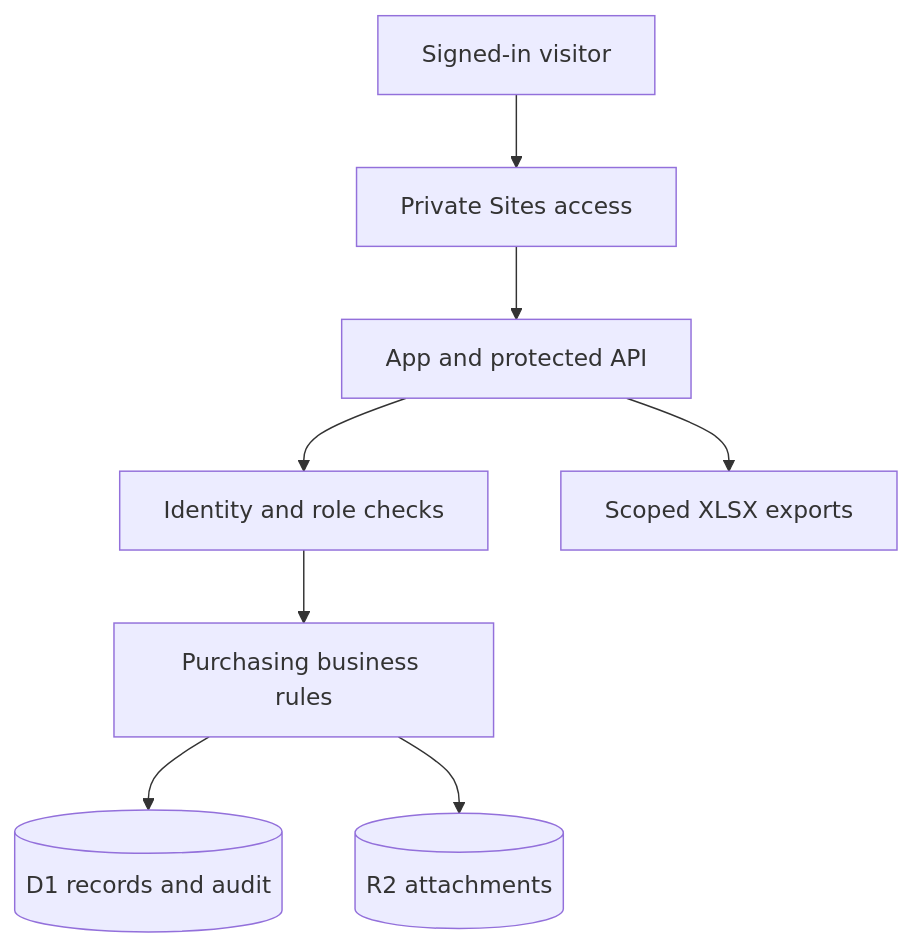
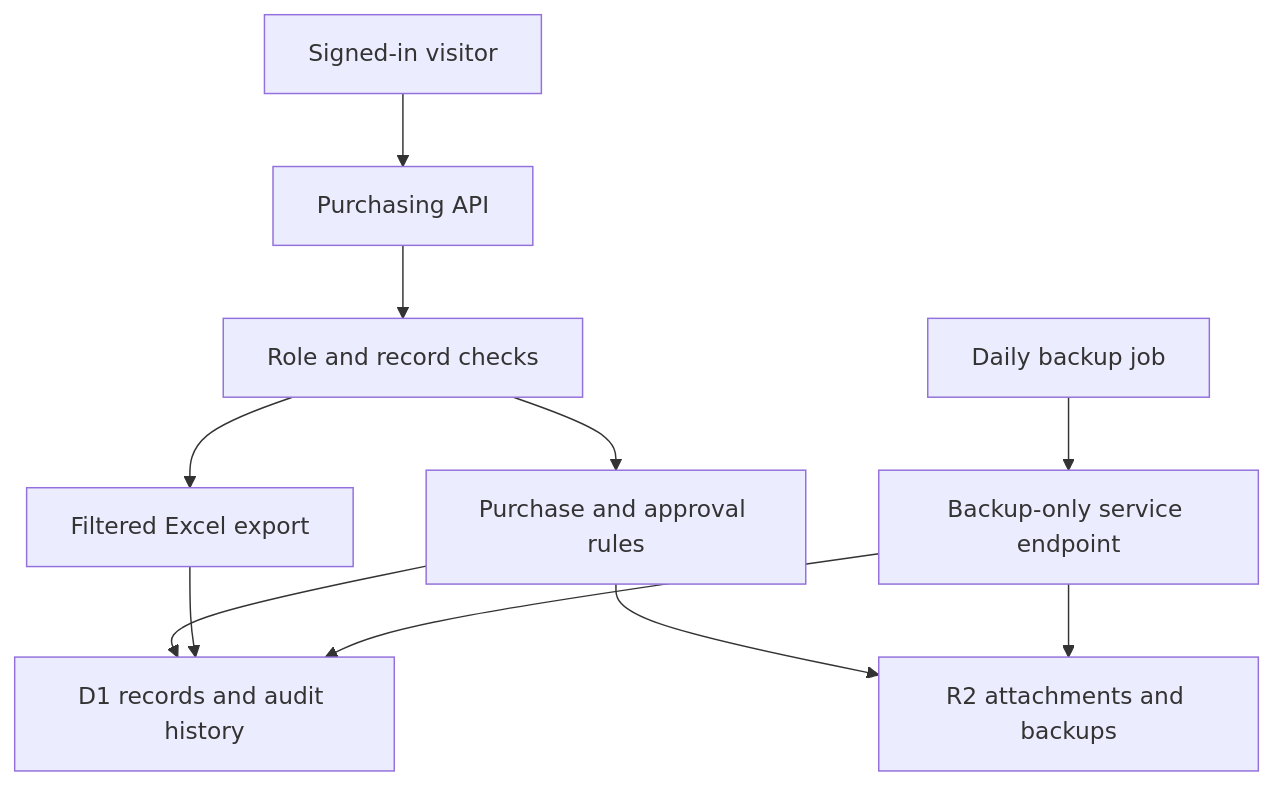
Before and after one commit to AverySteffensen/Fuji-Project: the diagram in docs/architecture.md, drawn with Mermaid. The commit also changed other lines of this file and 7 other files, not shown here.

````diff
--- a/docs/architecture.md
+++ b/docs/architecture.md
@@ -5,10 +5,13 @@
 ```mermaid
 flowchart TD
-    A[Signed-in visitor] --> B[Private Sites access]
-    B --> C[App and protected API]
-    C --> D[Identity and role checks]
-    D --> E[Purchasing business rules]
-    E --> F[(D1 records and audit)]
-    E --> G[(R2 attachments)]
-    C --> H[Scoped XLSX exports]
+    A["Signed-in visitor"] --> B["Purchasing API"]
+    B --> C["Role and record checks"]
+    C --> D["Purchase and approval rules"]
+    C --> E["Filtered Excel export"]
+    D --> F["D1 records and audit history"]
+    D --> G["R2 attachments and backups"]
+    E --> F
+    H["Daily backup job"] --> I["Backup-only service endpoint"]
+    I --> F
+    I --> G
 ```
````
